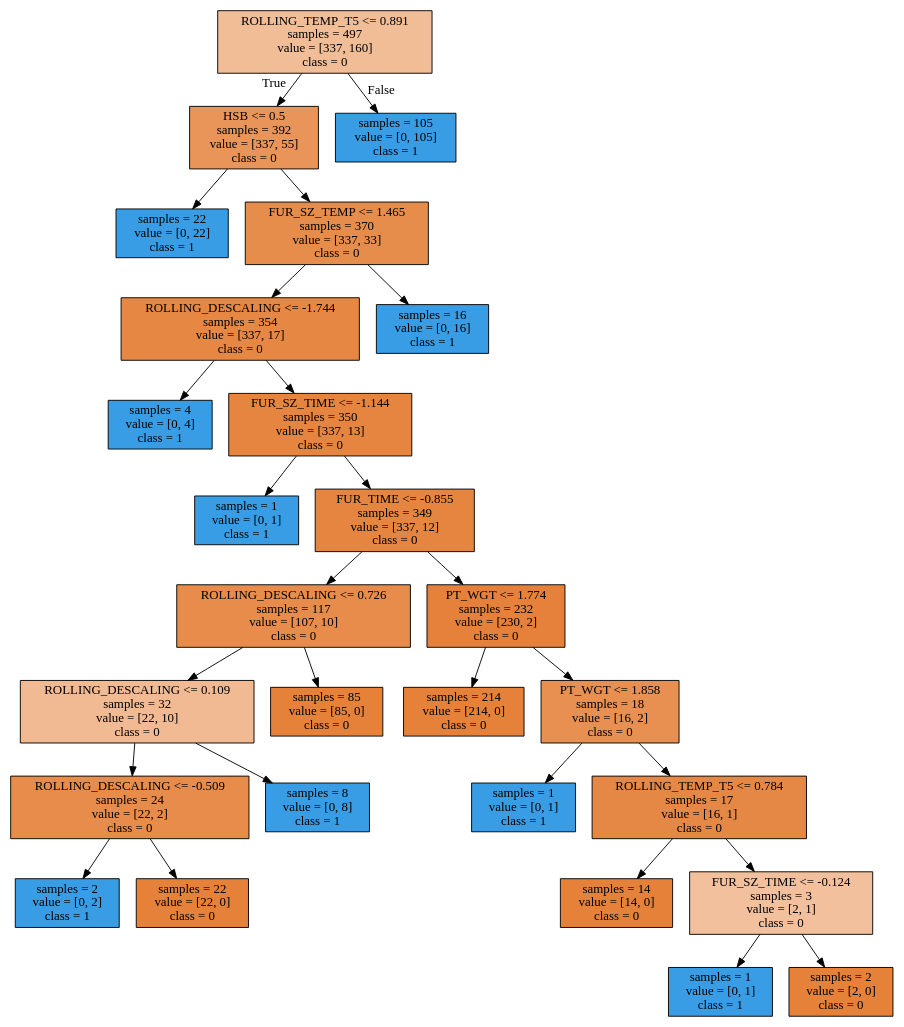
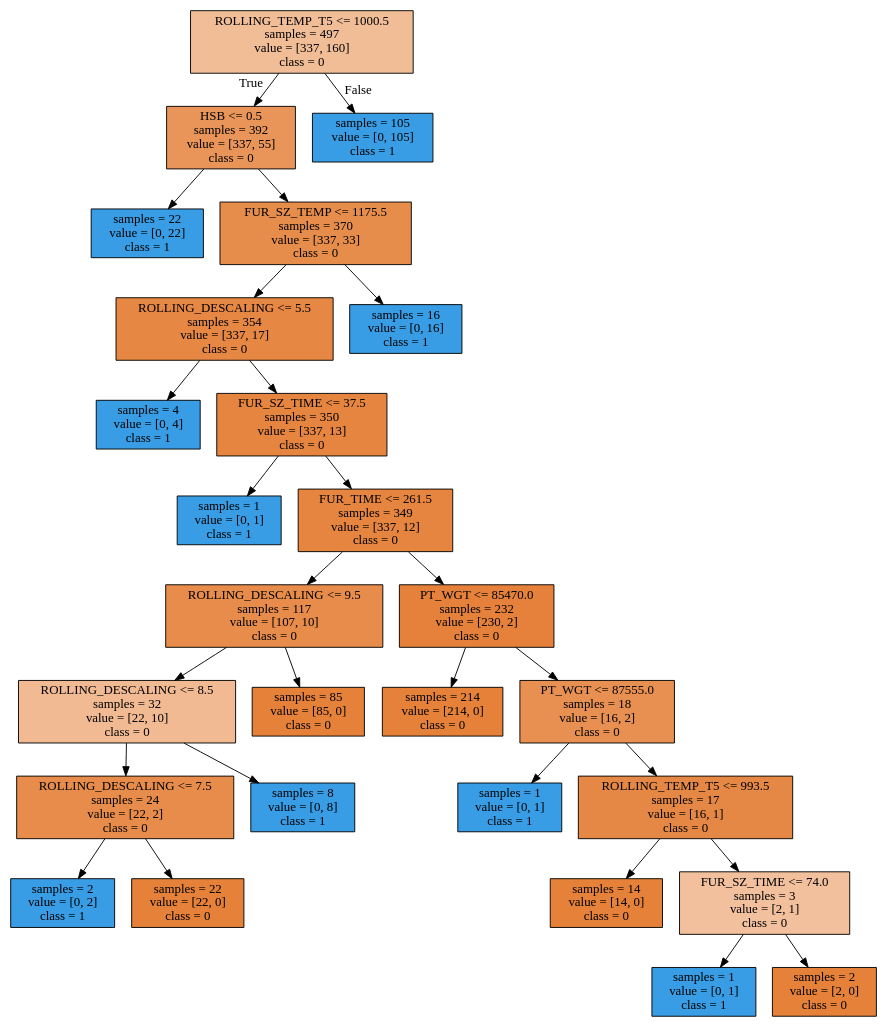
The diagram in task/week_5/D_tree.dot (LEE010/Posco-Ai-Bigdata), drawn with Graphviz before and after one commit. The commit also changed 2 other files, not shown here.

```diff
--- a/task/week_5/D_tree.dot
+++ b/task/week_5/D_tree.dot
@@ -1,56 +1,56 @@
 digraph Tree {
 node [shape=box, style="filled", color="black"] ;
-0 [label="ROLLING_TEMP_T5 <= 0.891\nsamples = 497\nvalue = [337, 160]\nclass = 0", fillcolor="#e5813986"] ;
+0 [label="ROLLING_TEMP_T5 <= 1000.5\nsamples = 497\nvalue = [337, 160]\nclass = 0", fillcolor="#e5813986"] ;
 1 [label="HSB <= 0.5\nsamples = 392\nvalue = [337, 55]\nclass = 0", fillcolor="#e58139d5"] ;
 0 -> 1 [labeldistance=2.5, labelangle=45, headlabel="True"] ;
 2 [label="samples = 22\nvalue = [0, 22]\nclass = 1", fillcolor="#399de5ff"] ;
 1 -> 2 ;
-3 [label="FUR_SZ_TEMP <= 1.465\nsamples = 370\nvalue = [337, 33]\nclass = 0", fillcolor="#e58139e6"] ;
+3 [label="FUR_SZ_TEMP <= 1175.5\nsamples = 370\nvalue = [337, 33]\nclass = 0", fillcolor="#e58139e6"] ;
 1 -> 3 ;
-4 [label="ROLLING_DESCALING <= -1.744\nsamples = 354\nvalue = [337, 17]\nclass = 0", fillcolor="#e58139f2"] ;
+4 [label="ROLLING_DESCALING <= 5.5\nsamples = 354\nvalue = [337, 17]\nclass = 0", fillcolor="#e58139f2"] ;
 3 -> 4 ;
 5 [label="samples = 4\nvalue = [0, 4]\nclass = 1", fillcolor="#399de5ff"] ;
 4 -> 5 ;
-6 [label="FUR_SZ_TIME <= -1.144\nsamples = 350\nvalue = [337, 13]\nclass = 0", fillcolor="#e58139f5"] ;
+6 [label="FUR_SZ_TIME <= 37.5\nsamples = 350\nvalue = [337, 13]\nclass = 0", fillcolor="#e58139f5"] ;
 4 -> 6 ;
 7 [label="samples = 1\nvalue = [0, 1]\nclass = 1", fillcolor="#399de5ff"] ;
 6 -> 7 ;
-8 [label="FUR_TIME <= -0.855\nsamples = 349\nvalue = [337, 12]\nclass = 0", fillcolor="#e58139f6"] ;
+8 [label="FUR_TIME <= 261.5\nsamples = 349\nvalue = [337, 12]\nclass = 0", fillcolor="#e58139f6"] ;
 6 -> 8 ;
-9 [label="ROLLING_DESCALING <= 0.726\nsamples = 117\nvalue = [107, 10]\nclass = 0", fillcolor="#e58139e7"] ;
+9 [label="ROLLING_DESCALING <= 9.5\nsamples = 117\nvalue = [107, 10]\nclass = 0", fillcolor="#e58139e7"] ;
 8 -> 9 ;
-10 [label="ROLLING_DESCALING <= 0.109\nsamples = 32\nvalue = [22, 10]\nclass = 0", fillcolor="#e581398b"] ;
+10 [label="ROLLING_DESCALING <= 8.5\nsamples = 32\nvalue = [22, 10]\nclass = 0", fillcolor="#e581398b"] ;
 9 -> 10 ;
-11 [label="ROLLING_DESCALING <= -0.509\nsamples = 24\nvalue = [22, 2]\nclass = 0", fillcolor="#e58139e8"] ;
+11 [label="ROLLING_DESCALING <= 7.5\nsamples = 24\nvalue = [22, 2]\nclass = 0", fillcolor="#e58139e8"] ;
 10 -> 11 ;
 12 [label="samples = 2\nvalue = [0, 2]\nclass = 1", fillcolor="#399de5ff"] ;
 11 -> 12 ;
 13 [label="samples = 22\nvalue = [22, 0]\nclass = 0", fillcolor="#e58139ff"] ;
 11 -> 13 ;
 14 [label="samples = 8\nvalue = [0, 8]\nclass = 1", fillcolor="#399de5ff"] ;
 10 -> 14 ;
 15 [label="samples = 85\nvalue = [85, 0]\nclass = 0", fillcolor="#e58139ff"] ;
 9 -> 15 ;
-16 [label="PT_WGT <= 1.774\nsamples = 232\nvalue = [230, 2]\nclass = 0", fillcolor="#e58139fd"] ;
+16 [label="PT_WGT <= 85470.0\nsamples = 232\nvalue = [230, 2]\nclass = 0", fillcolor="#e58139fd"] ;
 8 -> 16 ;
 17 [label="samples = 214\nvalue = [214, 0]\nclass = 0", fillcolor="#e58139ff"] ;
 16 -> 17 ;
-18 [label="PT_WGT <= 1.858\nsamples = 18\nvalue = [16, 2]\nclass = 0", fillcolor="#e58139df"] ;
+18 [label="PT_WGT <= 87555.0\nsamples = 18\nvalue = [16, 2]\nclass = 0", fillcolor="#e58139df"] ;
 16 -> 18 ;
 19 [label="samples = 1\nvalue = [0, 1]\nclass = 1", fillcolor="#399de5ff"] ;
 18 -> 19 ;
-20 [label="ROLLING_TEMP_T5 <= 0.784\nsamples = 17\nvalue = [16, 1]\nclass = 0", fillcolor="#e58139ef"] ;
+20 [label="ROLLING_TEMP_T5 <= 993.5\nsamples = 17\nvalue = [16, 1]\nclass = 0", fillcolor="#e58139ef"] ;
 18 -> 20 ;
 21 [label="samples = 14\nvalue = [14, 0]\nclass = 0", fillcolor="#e58139ff"] ;
 20 -> 21 ;
-22 [label="FUR_SZ_TIME <= -0.124\nsamples = 3\nvalue = [2, 1]\nclass = 0", fillcolor="#e581397f"] ;
+22 [label="FUR_SZ_TIME <= 74.0\nsamples = 3\nvalue = [2, 1]\nclass = 0", fillcolor="#e581397f"] ;
 20 -> 22 ;
 23 [label="samples = 1\nvalue = [0, 1]\nclass = 1", fillcolor="#399de5ff"] ;
 22 -> 23 ;
 24 [label="samples = 2\nvalue = [2, 0]\nclass = 0", fillcolor="#e58139ff"] ;
 22 -> 24 ;
 25 [label="samples = 16\nvalue = [0, 16]\nclass = 1", fillcolor="#399de5ff"] ;
 3 -> 25 ;
 26 [label="samples = 105\nvalue = [0, 105]\nclass = 1", fillcolor="#399de5ff"] ;
 0 -> 26 [labeldistance=2.5, labelangle=-45, headlabel="False"] ;
 }
```
